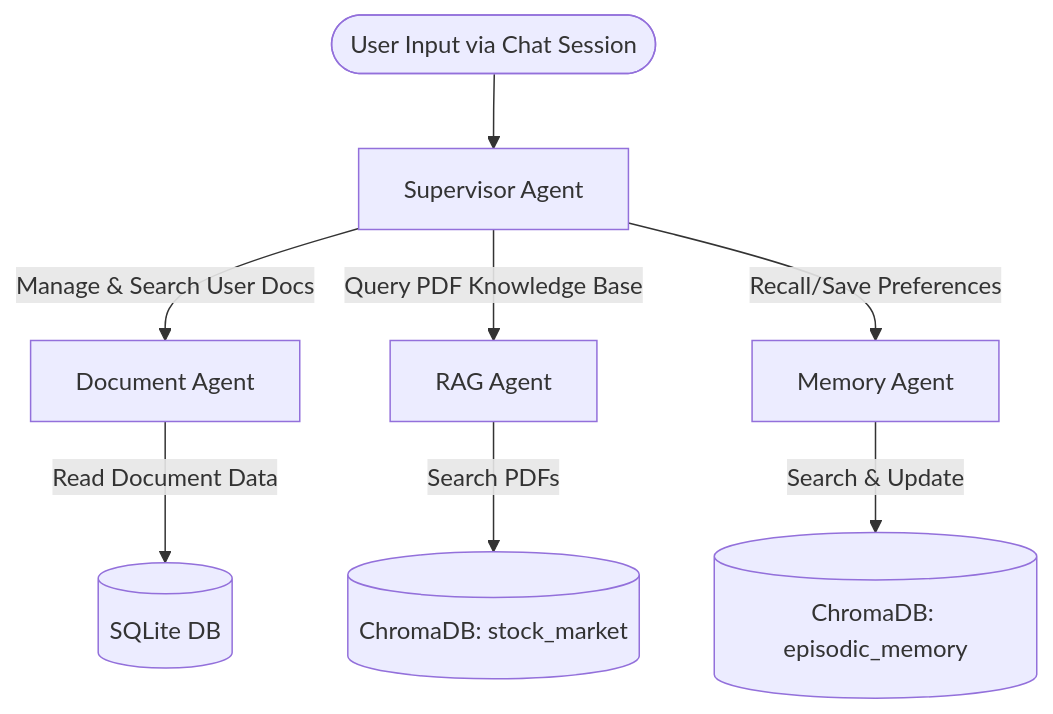
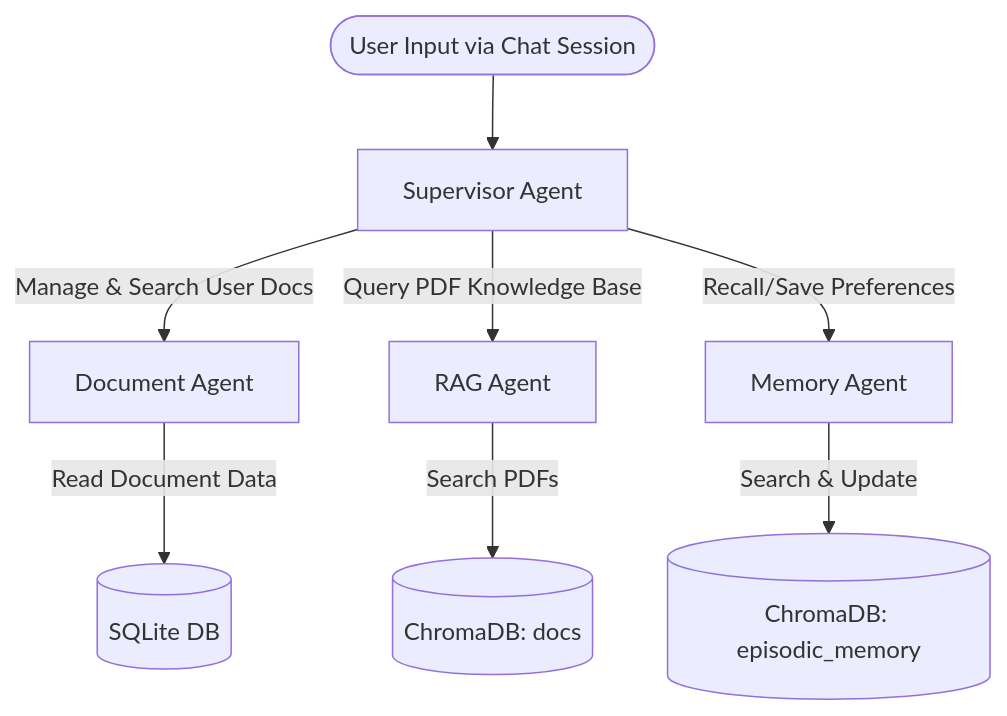
Before and after one commit to ghassengraja/AgenticRAG: the diagram in README.md, drawn with Mermaid. The commit also changed 7 other files, not shown here.

````diff
--- a/README.md
+++ b/README.md
@@ -9,12 +9,12 @@
 ```mermaid
 graph TD
     User([User Input via Chat Session]) --> Supervisor[Supervisor Agent]
     
     Supervisor -->|Manage & Search User Docs| DocAgent[Document Agent]
     Supervisor -->|Query PDF Knowledge Base| RAGAgent[RAG Agent]
     Supervisor -->|Recall/Save Preferences| MemAgent[Memory Agent]
     
     DocAgent -->|Read Document Data| SQLite[(SQLite DB)]
-    RAGAgent -->|Search PDFs| ChromaStock[(ChromaDB: stock_market)]
+    RAGAgent -->|Search PDFs| ChromaDocs[(ChromaDB: docs)]
     MemAgent -->|Search & Update| ChromaMem[(ChromaDB: episodic_memory)]
 ```
````
